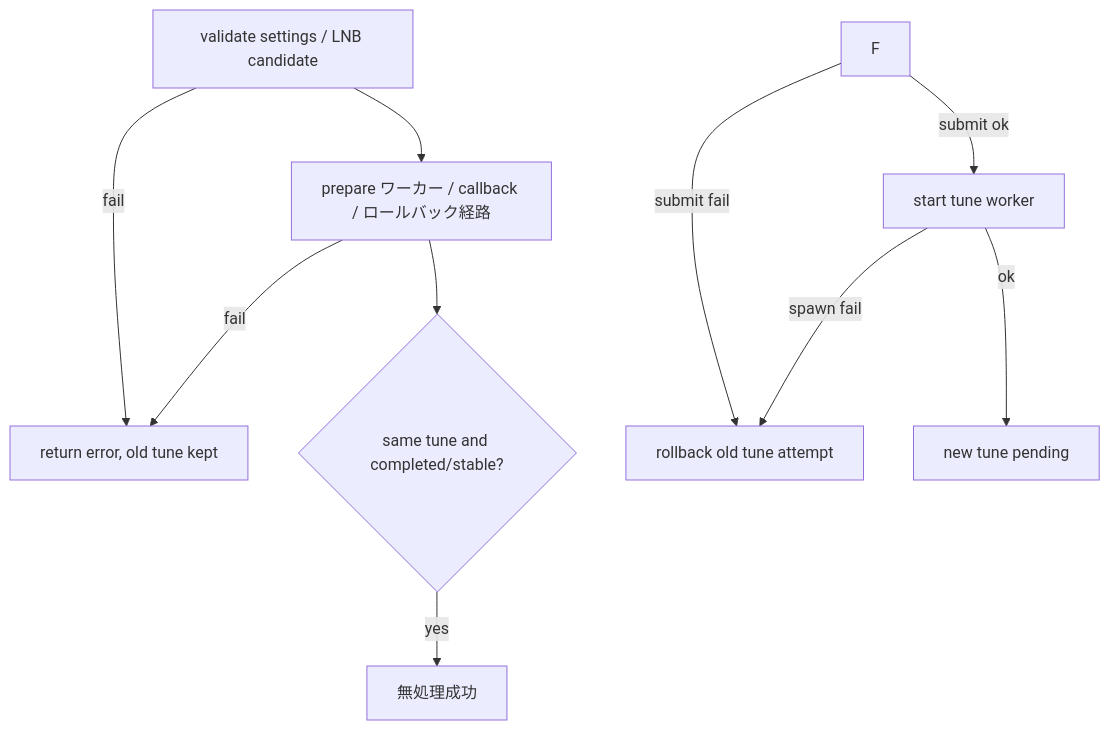
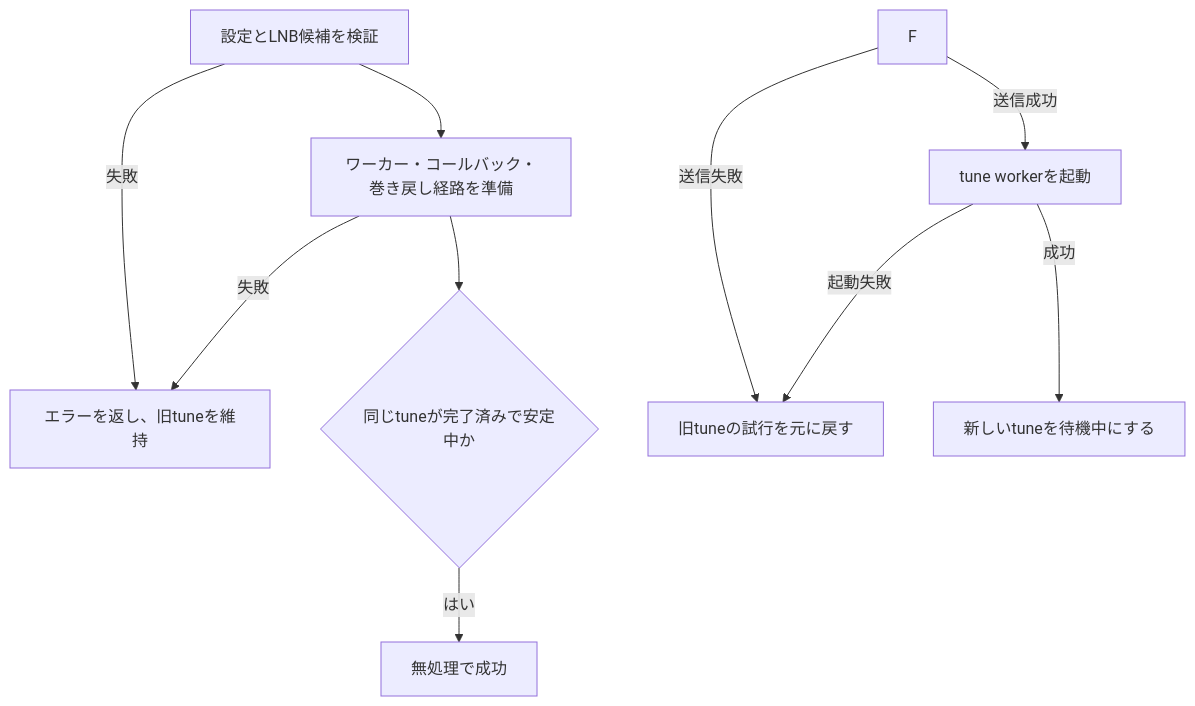
Before and after one commit to kazuki0824/tv: the second of 2 diagrams in tuner_hal/DESIGN_JA.md, drawn with Mermaid. The commit also changed other lines of this file and 2 other files, not shown here.

````diff
--- a/tuner_hal/DESIGN_JA.md
+++ b/tuner_hal/DESIGN_JA.md
@@ -1286,16 +1138,16 @@
 ```mermaid
 flowchart TD
-    A[validate settings / LNB candidate] -->|fail| B[return error, old tune kept]
-    A --> C[prepare ワーカー / callback / ロールバック経路]
-    C -->|fail| B
-    C --> D{same tune and completed/stable?}
-    D -->|yes| E[無処理成功]
+    A[設定とLNB候補を検証] -->|失敗| B[エラーを返し、旧tuneを維持]
+    A --> C[ワーカー・コールバック・巻き戻し経路を準備]
+    C -->|失敗| B
+    C --> D{同じtuneが完了済みで安定中か}
+    D -->|はい| E[無処理で成功]
 
 
-    F -->|submit fail| G[rollback old tune attempt]
-    F -->|submit ok| H[start tune worker]
-    H -->|ok| I[new tune pending]
-    H -->|spawn fail| G
+    F -->|送信失敗| G[旧tuneの試行を元に戻す]
+    F -->|送信成功| H[tune workerを起動]
+    H -->|成功| I[新しいtuneを待機中にする]
+    H -->|起動失敗| G
 
 
 ```
````
